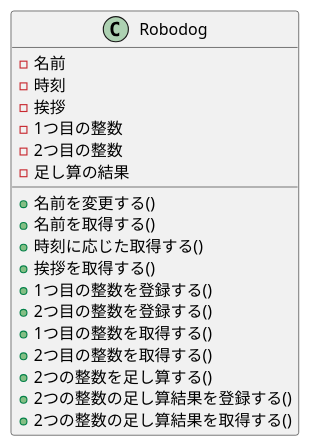
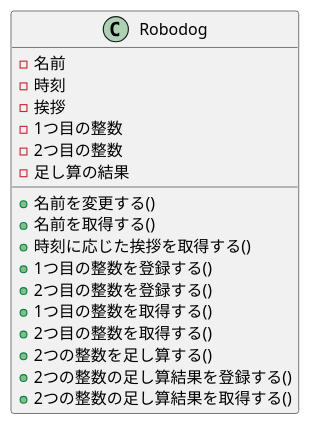
Before and after one commit to FujikawaHirono0520/group3_1_dogdog: the diagram in changename_class.pu, drawn with PlantUML. The commit also changed 1 other file, not shown here.

```diff
--- a/changename_class.pu
+++ b/changename_class.pu
@@ -1,25 +1,24 @@
 @startuml .
 
 class Robodog {
   - 名前
   - 時刻
   ' 挨拶はdictで管理
   - 挨拶
   - 1つ目の整数
   - 2つ目の整数
   - 足し算の結果
 
   + 名前を変更する()
   + 名前を取得する()
-  + 時刻に応じた取得する()
-  + 挨拶を取得する()
+  + 時刻に応じた挨拶を取得する()
   + 1つ目の整数を登録する()
   + 2つ目の整数を登録する()
   + 1つ目の整数を取得する()
   + 2つ目の整数を取得する()
   + 2つの整数を足し算する()
   + 2つの整数の足し算結果を登録する()
   + 2つの整数の足し算結果を取得する()
 }
 
 @enduml
```
